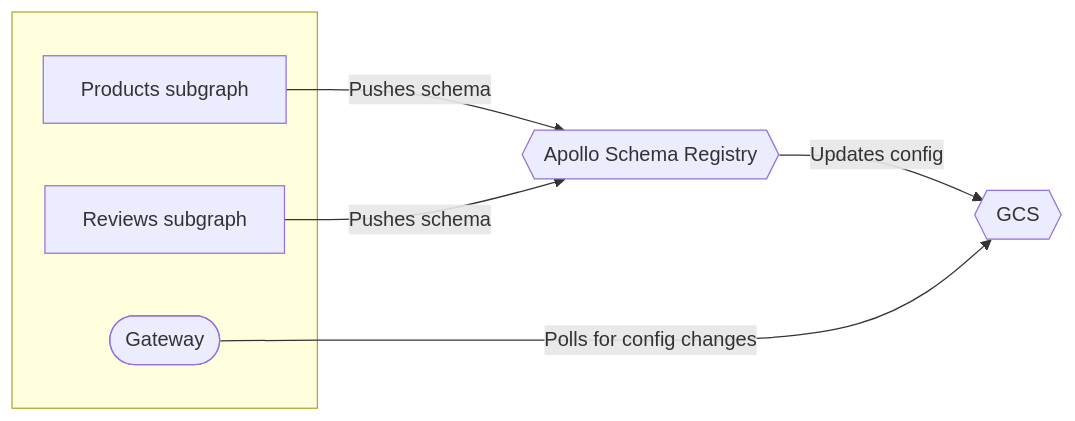
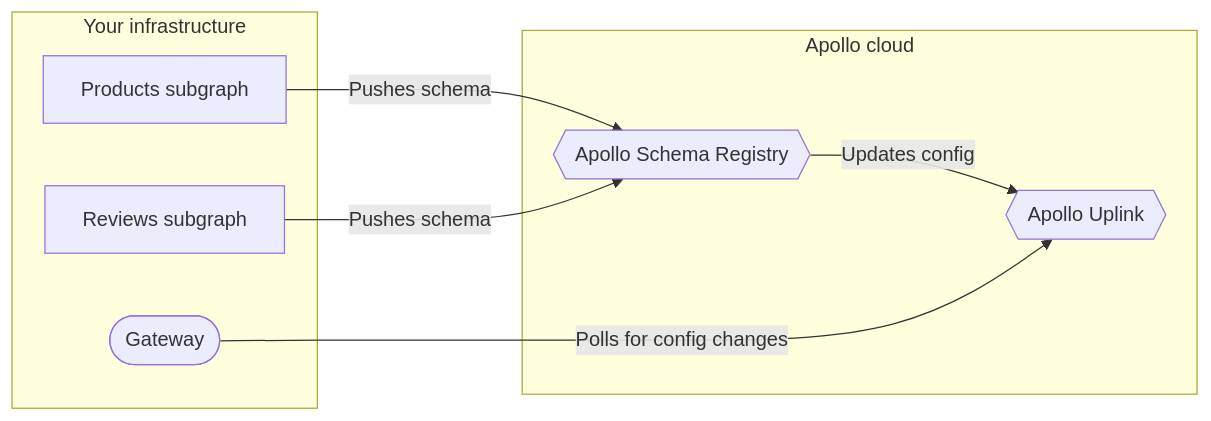
One commit to apollographql/federation changed the diagram in docs/source/managed-federation/overview.mdx. Above: the diagram before and after it, drawn with Mermaid. The commit also changed other lines of this file and 5 other files, not shown here.

````diff
--- a/docs/source/managed-federation/overview.mdx
+++ b/docs/source/managed-federation/overview.mdx
@@ -12,15 +12,17 @@
 ```mermaid
 graph LR;
-  subgraph " "
+  subgraph "Your infrastructure"
   serviceA[Products subgraph];
   serviceB[Reviews subgraph];
   gateway([Gateway]);
   end
+  subgraph "Apollo cloud"
   registry{{Apollo Schema Registry}};
-  gcs{{GCS}}
+  uplink{{Apollo Uplink}}
+  end
   serviceA & serviceB -->|Pushes schema| registry;
-  registry -->|Updates config| gcs;
-  gateway -->|Polls for config changes| gcs;
+  registry -->|Updates config| uplink;
+  gateway -->|Polls for config changes| uplink;
   class registry secondary;
-  class gcs secondary;
+  class uplink secondary;
 ```
````
